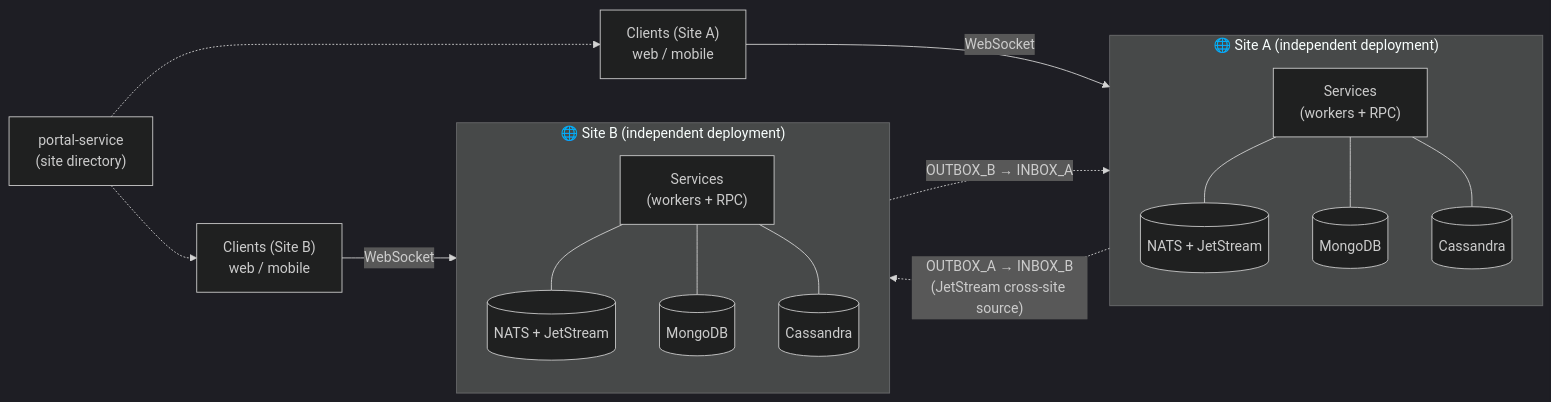
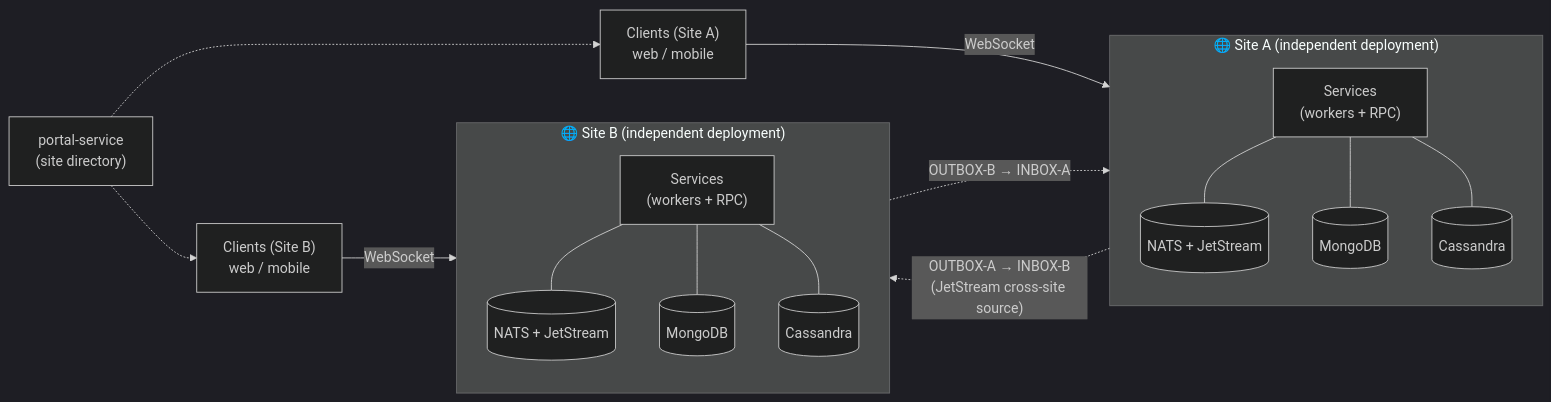
One commit to hmchangw/newchat changed the first of 5 diagrams in docs/architecture.md. Above: the diagram before and after it, drawn with Mermaid (dark theme). The commit also changed other lines of this file and 14 other files, not shown here.

````diff
--- a/docs/architecture.md
+++ b/docs/architecture.md
@@ -20,33 +20,33 @@
 ```mermaid
 flowchart LR
     subgraph SiteA["🌐 Site A (independent deployment)"]
         direction TB
         NA[("NATS + JetStream")]
         SVCA["Services<br/>(workers + RPC)"]
         DBA[("MongoDB")]
         CASA[("Cassandra")]
         SVCA --- NA
         SVCA --- DBA
         SVCA --- CASA
     end
 
     subgraph SiteB["🌐 Site B (independent deployment)"]
         direction TB
         NB[("NATS + JetStream")]
         SVCB["Services<br/>(workers + RPC)"]
         DBB[("MongoDB")]
         CASB[("Cassandra")]
         SVCB --- NB
         SVCB --- DBB
         SVCB --- CASB
     end
 
     CA["Clients (Site A)<br/>web / mobile"] -->|WebSocket| NA
     CB["Clients (Site B)<br/>web / mobile"] -->|WebSocket| NB
 
-    NA -. "OUTBOX_A → INBOX_B<br/>(JetStream cross-site source)" .-> NB
-    NB -. "OUTBOX_B → INBOX_A" .-> NA
+    NA -. "OUTBOX-A → INBOX-B<br/>(JetStream cross-site source)" .-> NB
+    NB -. "OUTBOX-B → INBOX-A" .-> NA
 
     Portal["portal-service<br/>(site directory)"] -.-> CA
     Portal -.-> CB
 ```
````
